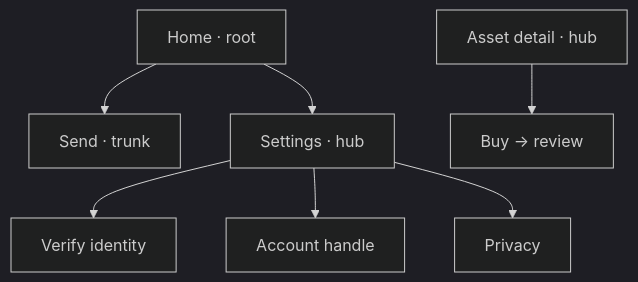
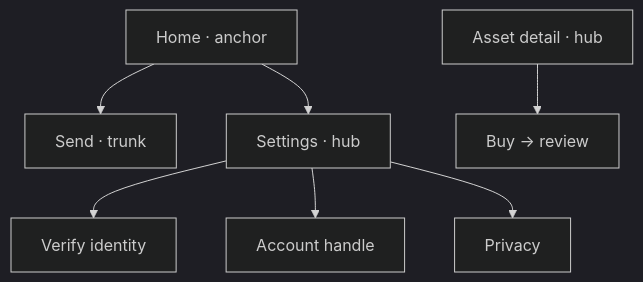
The fifth of 7 diagrams in README.md (dalxds/wallets-gallery), drawn with Mermaid (dark theme) before and after one commit. The commit also changed other lines of this file and 3 other files, not shown here.

````diff
--- a/README.md
+++ b/README.md
@@ -378,9 +350,9 @@
 ```mermaid
 flowchart TD
-  home["Home · root"] --> send["Send · trunk"]
+  home["Home · anchor"] --> send["Send · trunk"]
   home --> settings["Settings · hub"]
   settings --> verify["Verify identity"]
   settings --> handle["Account handle"]
   settings --> privacy["Privacy"]
   asset["Asset detail · hub"] --> buy["Buy → review"]
 ```
````
